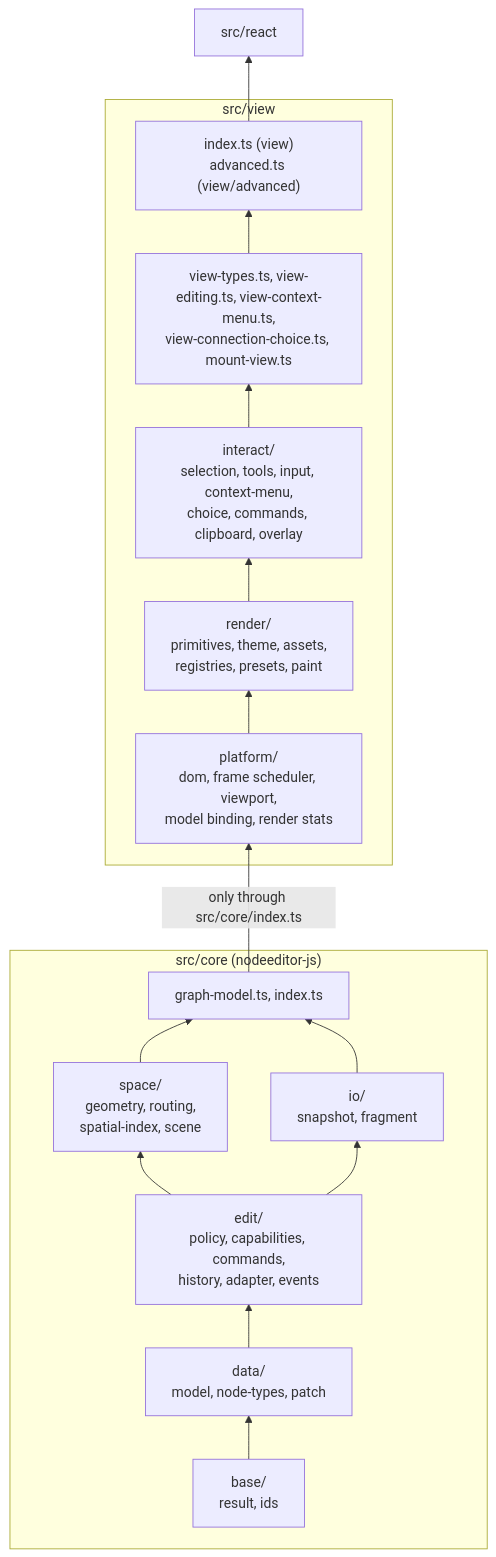
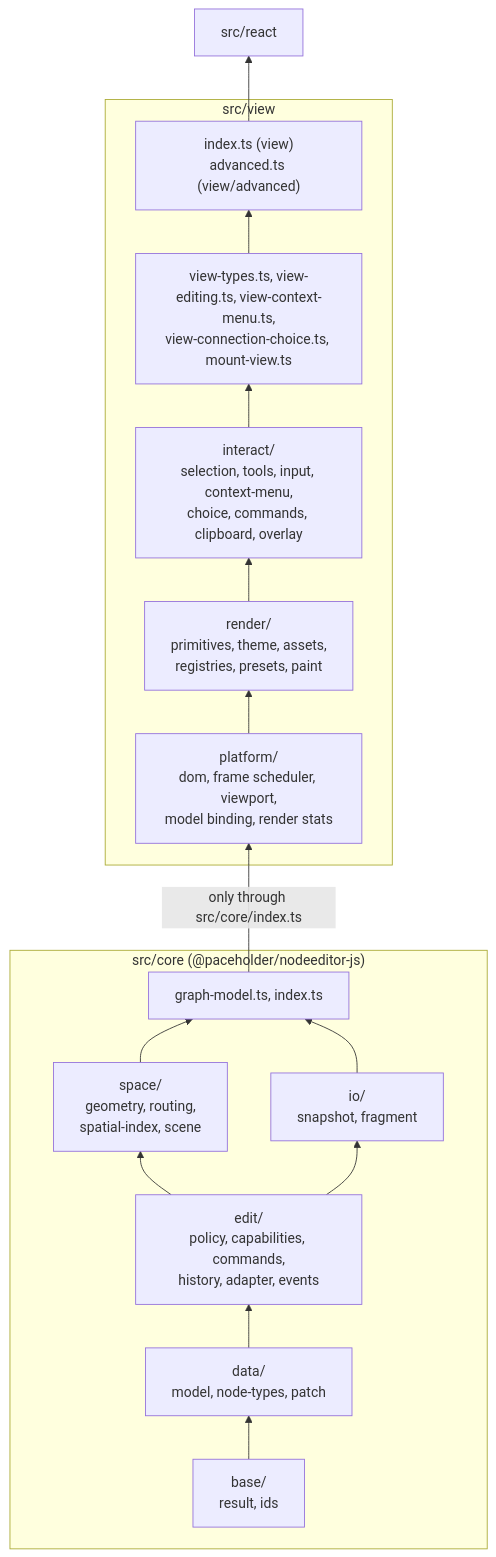
One commit to paceholder/nodeeditor-js changed the ninth of 10 diagrams in docs/architecture.md. Above: the diagram before and after it, drawn with Mermaid. The commit also changed other lines of this file and 56 other files, not shown here.

````diff
--- a/docs/architecture.md
+++ b/docs/architecture.md
@@ -479,18 +479,18 @@
 ```mermaid
 flowchart BT
-  subgraph core["src/core (nodeeditor-js)"]
+  subgraph core["src/core (@paceholder/nodeeditor-js)"]
     base["base/<br/>result, ids"] --> data["data/<br/>model, node-types, patch"]
     data --> edit["edit/<br/>policy, capabilities, commands,<br/>history, adapter, events"]
     edit --> space["space/<br/>geometry, routing,<br/>spatial-index, scene"]
     edit --> io["io/<br/>snapshot, fragment"]
     space & io --> facade["graph-model.ts, index.ts"]
   end
   subgraph view["src/view"]
     platform["platform/<br/>dom, frame scheduler, viewport,<br/>model binding, render stats"] --> render["render/<br/>primitives, theme, assets,<br/>registries, presets, paint"]
     render --> interact["interact/<br/>selection, tools, input, context-menu,<br/>choice, commands, clipboard, overlay"]
     interact --> mount["view-types.ts, view-editing.ts, view-context-menu.ts,<br/>view-connection-choice.ts, mount-view.ts"]
     mount --> entries["index.ts (view)<br/>advanced.ts (view/advanced)"]
   end
   facade -- "only through src/core/index.ts" --> platform
   entries --> react["src/react"]
 ```
````
